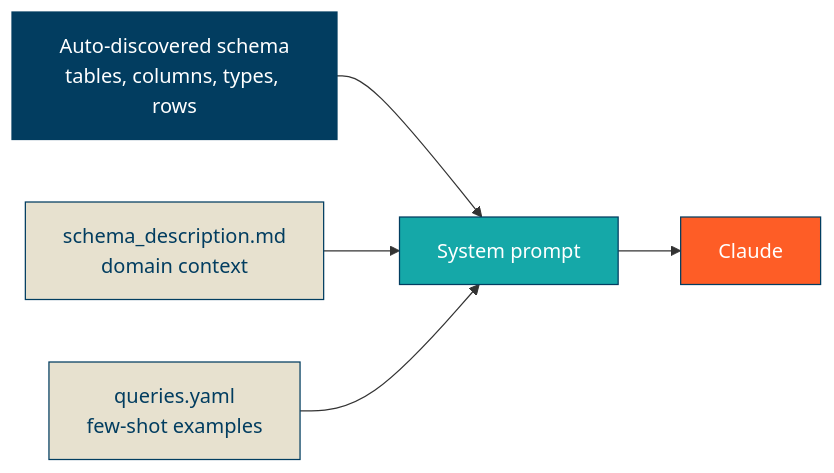
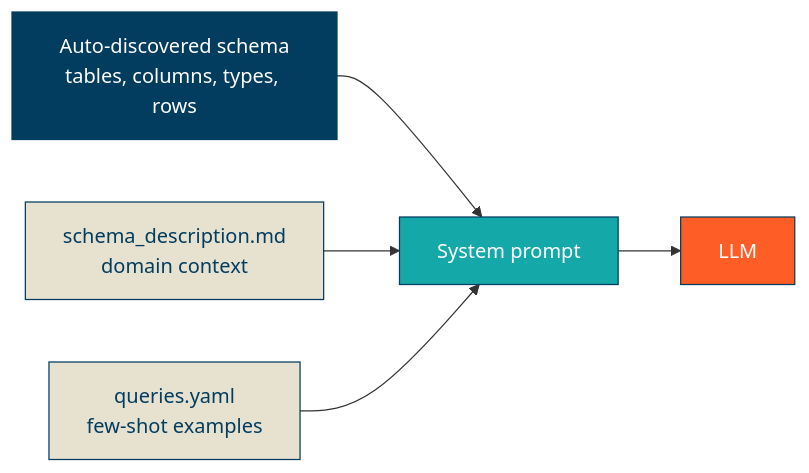
The third of 3 diagrams in docs/tool-developer/architecture.md (dsgrid/datasight), drawn with Mermaid before and after one commit. The commit also changed other lines of this file and 16 other files, not shown here.

````diff
--- a/docs/tool-developer/architecture.md
+++ b/docs/tool-developer/architecture.md
@@ -137,13 +144,13 @@
 ```{mermaid}
 flowchart LR
     A[Auto-discovered schema<br>tables, columns, types, rows] --> D[System prompt]
     B[schema_description.md<br>domain context] --> D
     C[queries.yaml<br>few-shot examples] --> D
-    D --> E[Claude]
+    D --> E[LLM]
 
     style A fill:#023d60,stroke:#023d60,color:#fff
     style B fill:#e7e1cf,stroke:#023d60,color:#023d60
     style C fill:#e7e1cf,stroke:#023d60,color:#023d60
     style D fill:#15a8a8,stroke:#023d60,color:#fff
     style E fill:#fe5d26,stroke:#023d60,color:#fff
 ```
````
